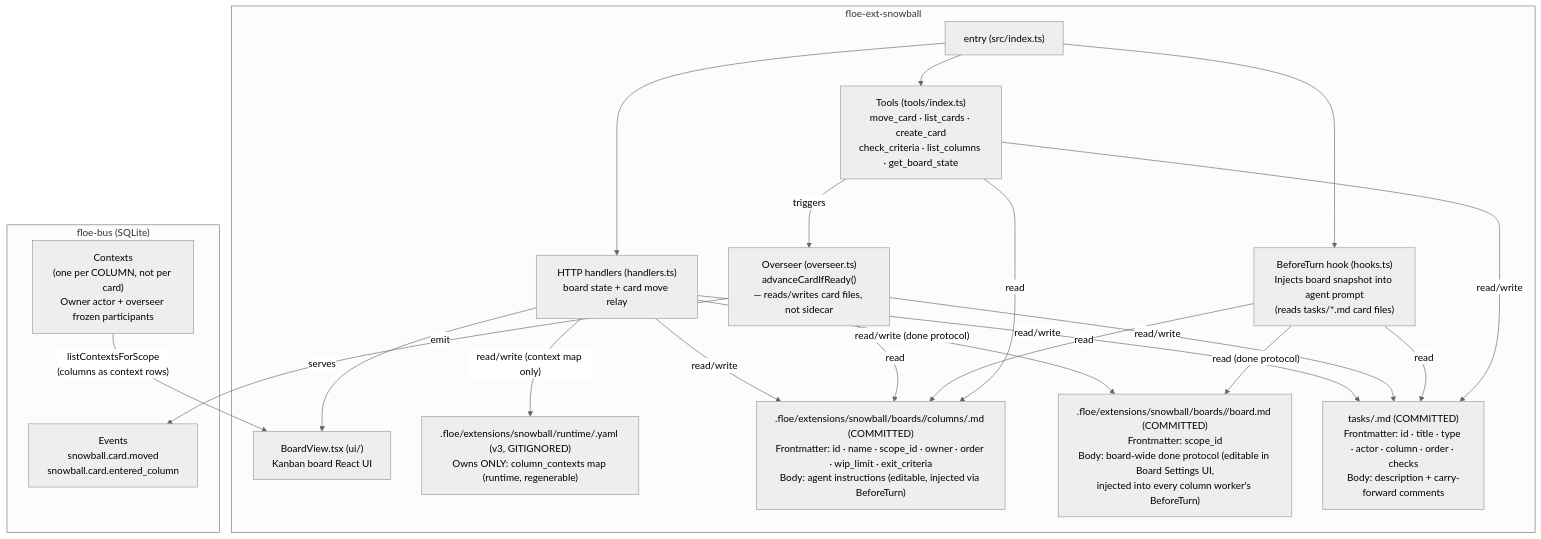
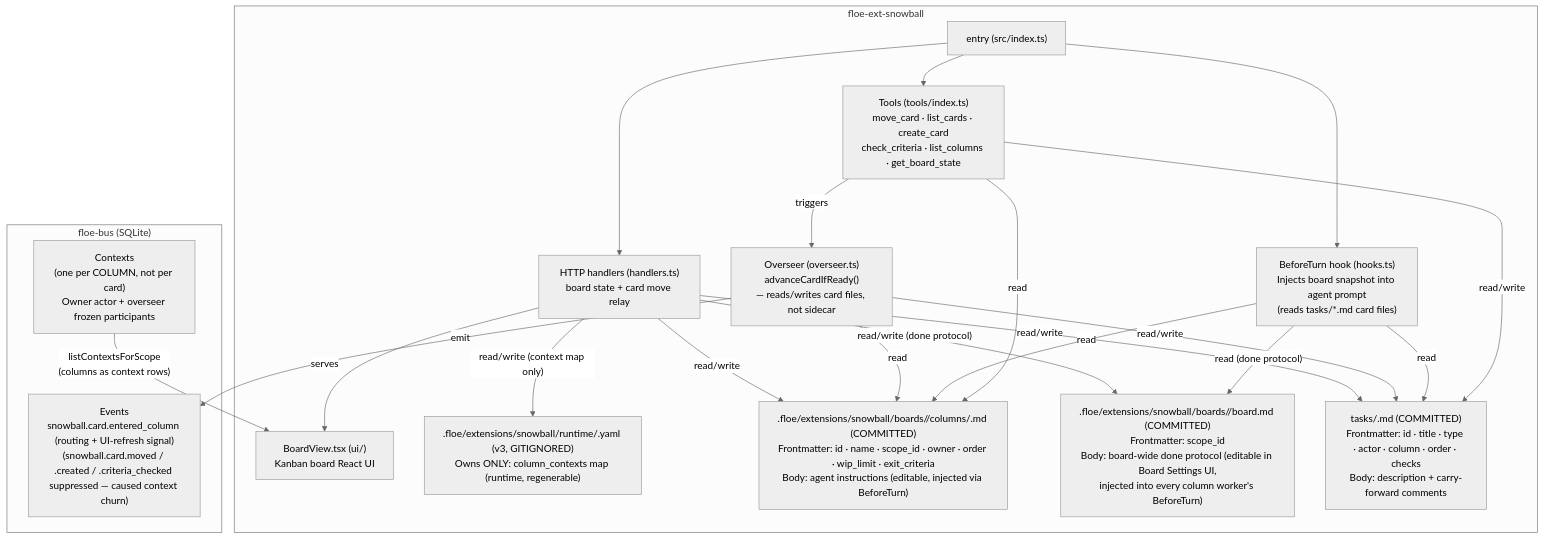
The eighth of 12 diagrams in docs/architecture/overview.md (floe-ai/floe-subtrate), drawn with Mermaid (neutral theme) before and after one commit. The commit also changed other lines of this file and 7 other files, not shown here.

First line of the commit message:
fix(snowball): stop context churn on card creation/move/criteria (#94)

````diff
--- a/docs/architecture/overview.md
+++ b/docs/architecture/overview.md
@@ -319,60 +319,60 @@
 ```mermaid
 graph TD
     subgraph EXT["floe-ext-snowball"]
         SBX["entry (src/index.ts)"]
         HOOK["BeforeTurn hook (hooks.ts)
 Injects board snapshot into agent prompt
 (reads tasks/*.md card files)"]
         TOOLS["Tools (tools/index.ts)
 move_card · list_cards · create_card
 check_criteria · list_columns · get_board_state"]
         OVERSEER["Overseer (overseer.ts)
 advanceCardIfReady()
 — reads/writes card files, not sidecar"]
         HTTP["HTTP handlers (handlers.ts)
 board state + card move relay"]
         UI["BoardView.tsx (ui/)
 Kanban board React UI"]
         SIDECAR[".floe/extensions/snowball/runtime/<slug>.yaml (v3, GITIGNORED)
 Owns ONLY: column_contexts map (runtime, regenerable)"]
         COL_FILES[".floe/extensions/snowball/boards/<slug>/columns/<id>.md (COMMITTED)
 Frontmatter: id · name · scope_id · owner · order · wip_limit · exit_criteria
 Body: agent instructions (editable, injected via BeforeTurn)"]
         BOARD_FILE[".floe/extensions/snowball/boards/<slug>/board.md (COMMITTED)
 Frontmatter: scope_id
 Body: board-wide done protocol (editable in Board Settings UI,
 injected into every column worker's BeforeTurn)"]
         CARDS["tasks/<id>.md (COMMITTED)
 Frontmatter: id · title · type · actor · column · order · checks
 Body: description + carry-forward comments"]
     end
 
     subgraph BUS["floe-bus (SQLite)"]
         BUS_EV["Events
-snowball.card.moved
-snowball.card.entered_column"]
+snowball.card.entered_column (routing + UI-refresh signal)
+(snowball.card.moved / .created / .criteria_checked suppressed — caused context churn)"]
         BUS_CTX["Contexts
 (one per COLUMN, not per card)
 Owner actor + overseer frozen participants"]
     end
 
     SBX --> HOOK
     SBX --> TOOLS
     SBX --> HTTP
     TOOLS -->|"read/write"| CARDS
     TOOLS -->|"read"| COL_FILES
     HOOK -->|"read"| CARDS
     HOOK -->|"read"| COL_FILES
     HOOK -->|"read (done protocol)"| BOARD_FILE
     OVERSEER -->|"read/write"| CARDS
     OVERSEER -->|"read"| COL_FILES
     TOOLS -->|"triggers"| OVERSEER
     OVERSEER -->|"emit"| BUS_EV
     HTTP -->|"read/write"| COL_FILES
     HTTP -->|"read/write"| CARDS
     HTTP -->|"read/write (done protocol)"| BOARD_FILE
     HTTP -->|"read/write (context map only)"| SIDECAR
     HTTP -->|"serves"| UI
     BUS_CTX -->|"listContextsForScope
 (columns as context rows)"| UI
 ```
````
